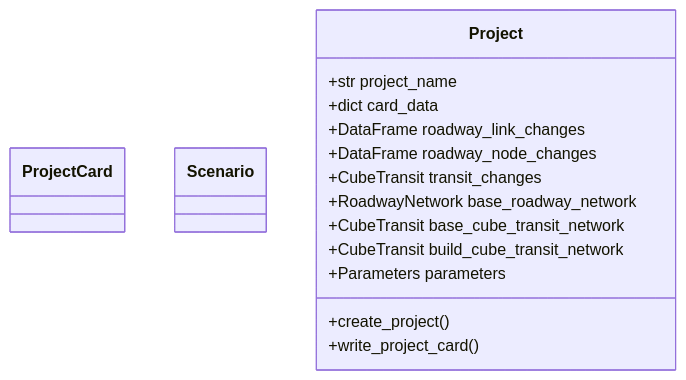
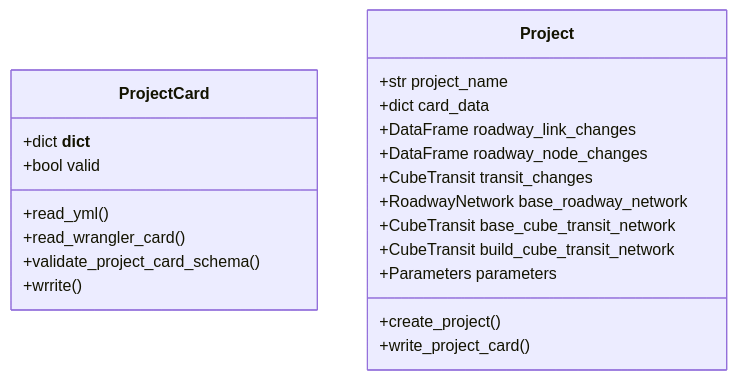
One commit to BayAreaMetro/network_wrangler changed the second of 3 diagrams in architecture.md. Above: the diagram before and after it, drawn with Mermaid. The commit also changed other lines of this file, not shown here.

````diff
--- a/architecture.md
+++ b/architecture.md
@@ -71,25 +88,28 @@
 ```mermaid
 classDiagram 
   class ProjectCard {
+    +dict __dict__
+    +bool valid
+    +read_yml()
+    +read_wrangler_card()
+    +validate_project_card_schema()
+    +wrrite()
   }
   link ProjectCard "https://bayareametro.github.io/network_wrangler/_generated/network_wrangler.ProjectCard/" "network_wrangler.ProjectCard"
   
-  class Scenario {
-  }
-  link Scenario "https://bayareametro.github.io/network_wrangler/_generated/network_wrangler.Scenario/" "network_wrangler.Scenario"
-  
+
   class Project {
     +str project_name
     +dict card_data
     +DataFrame roadway_link_changes
     +DataFrame roadway_node_changes
     +CubeTransit transit_changes
     +RoadwayNetwork base_roadway_network
     +CubeTransit base_cube_transit_network
     +CubeTransit build_cube_transit_network
     +Parameters parameters
     +create_project()
     +write_project_card()
   }
   link Project "https://bayareametro.github.io/Lasso/_generated/lasso.Project/" "lasso.Project"
 ```
````
